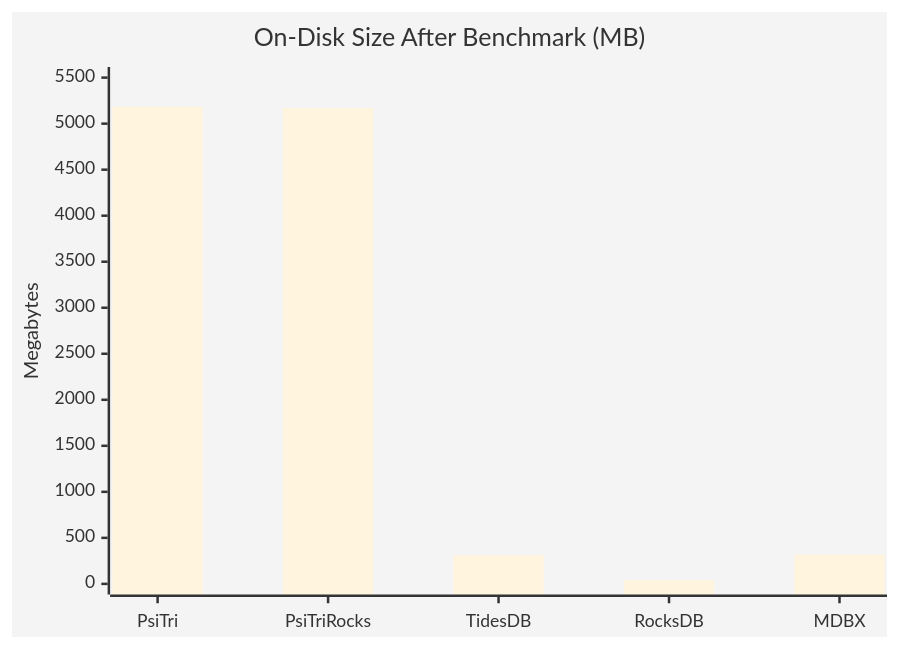
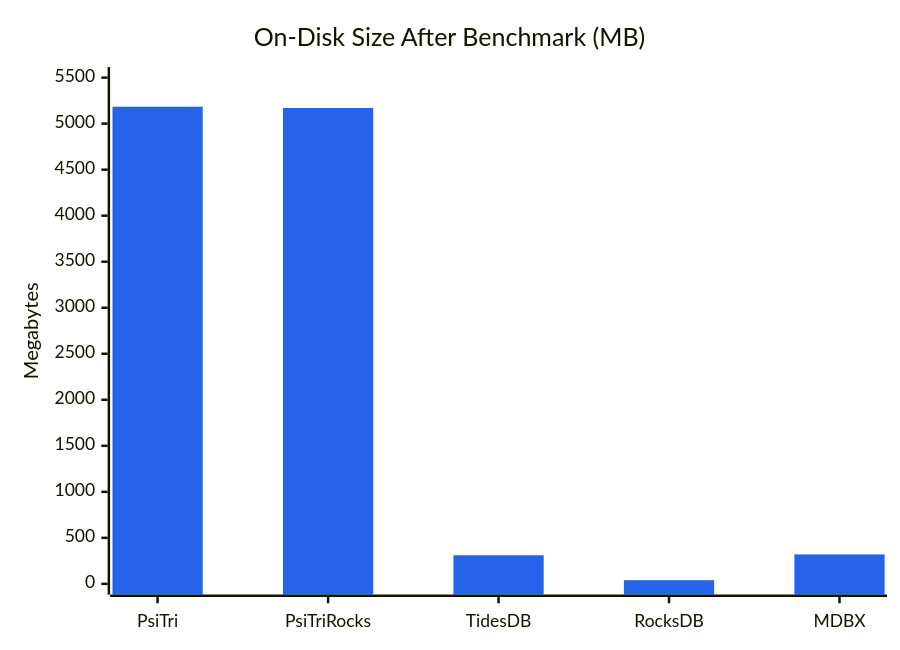
The third of 3 diagrams in programs/BANK_BENCHMARK.md (gofractally/arbtrie), drawn with Mermaid before and after one commit. The commit also changed other lines of this file, not shown here.

Commit message:
Fix chart colors for better readability on dark backgrounds

````diff
--- a/programs/BANK_BENCHMARK.md
+++ b/programs/BANK_BENCHMARK.md
@@ -69,8 +69,8 @@
 ```mermaid
-%%{init: {'theme': 'base'}}%%
+%%{init: {'theme': 'base', 'themeVariables': {'xyChart': {'plotColorPalette': '#2563EB'}}}}%%
 xychart-beta
     title "On-Disk Size After Benchmark (MB)"
     x-axis ["PsiTri", "PsiTriRocks", "TidesDB", "RocksDB", "MDBX"]
     y-axis "Megabytes" 0 --> 5500
     bar [5184, 5170, 311, 40, 320]
 ```
````
